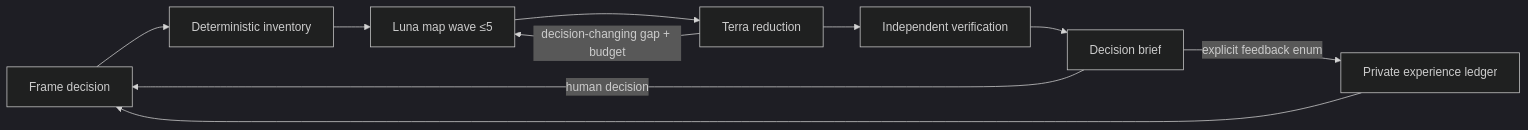
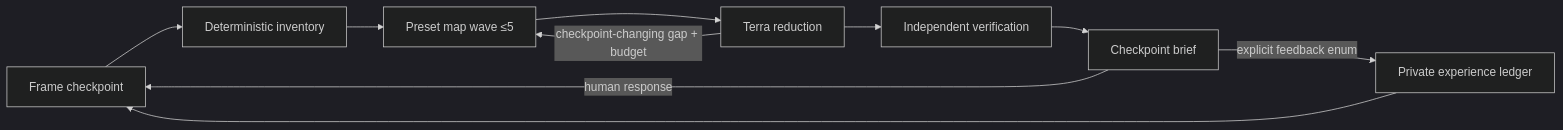
Before and after one commit to Babinci/copernicus: the diagram in plugins/copernicus/skills/breathe/references/guide.md, drawn with Mermaid (dark theme). The commit also changed other lines of this file and 11 other files, not shown here.

````diff
--- a/plugins/copernicus/skills/breathe/references/guide.md
+++ b/plugins/copernicus/skills/breathe/references/guide.md
@@ -41,12 +41,12 @@
 ```mermaid
 flowchart LR
-  F["Frame decision"] --> I["Deterministic inventory"]
-  I --> M["Luna map wave ≤5"]
+  F["Frame checkpoint"] --> I["Deterministic inventory"]
+  I --> M["Preset map wave ≤5"]
   M --> R["Terra reduction"]
   R --> V["Independent verification"]
-  V --> B["Decision brief"]
-  R -->|"decision-changing gap + budget"| M
-  B -->|"human decision"| F
+  V --> B["Checkpoint brief"]
+  R -->|"checkpoint-changing gap + budget"| M
+  B -->|"human response"| F
   B -->|"explicit feedback enum"| E["Private experience ledger"]
   E --> F
 ```
````
